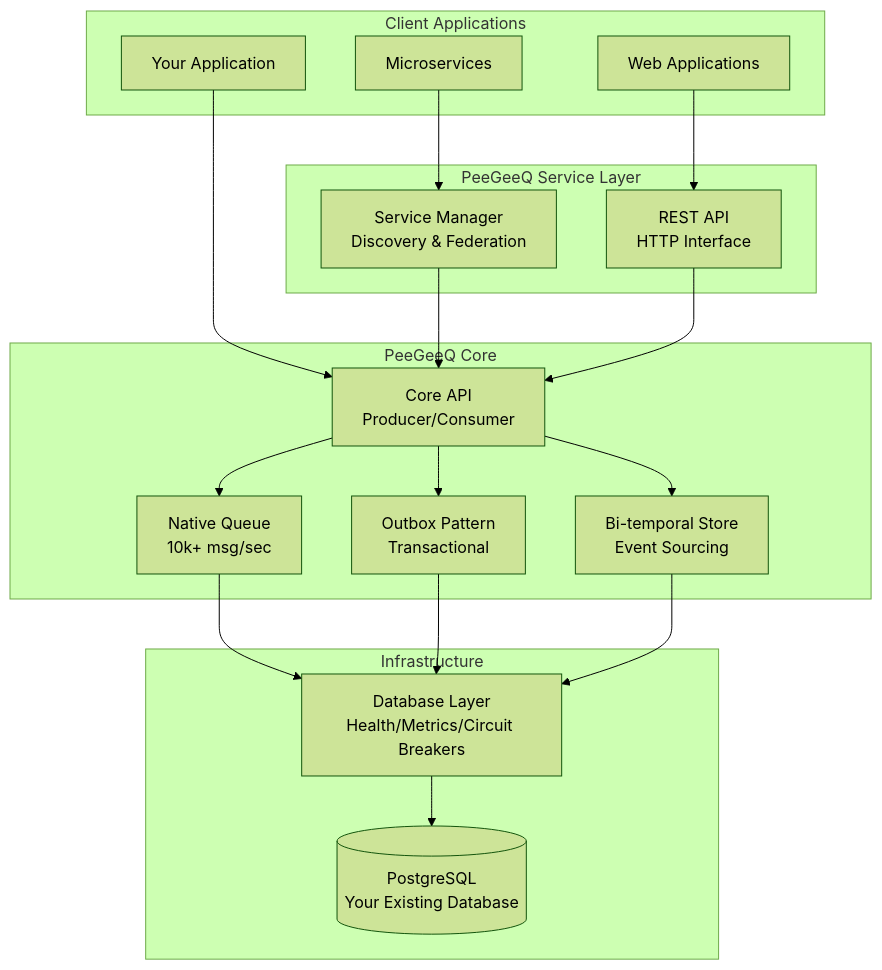
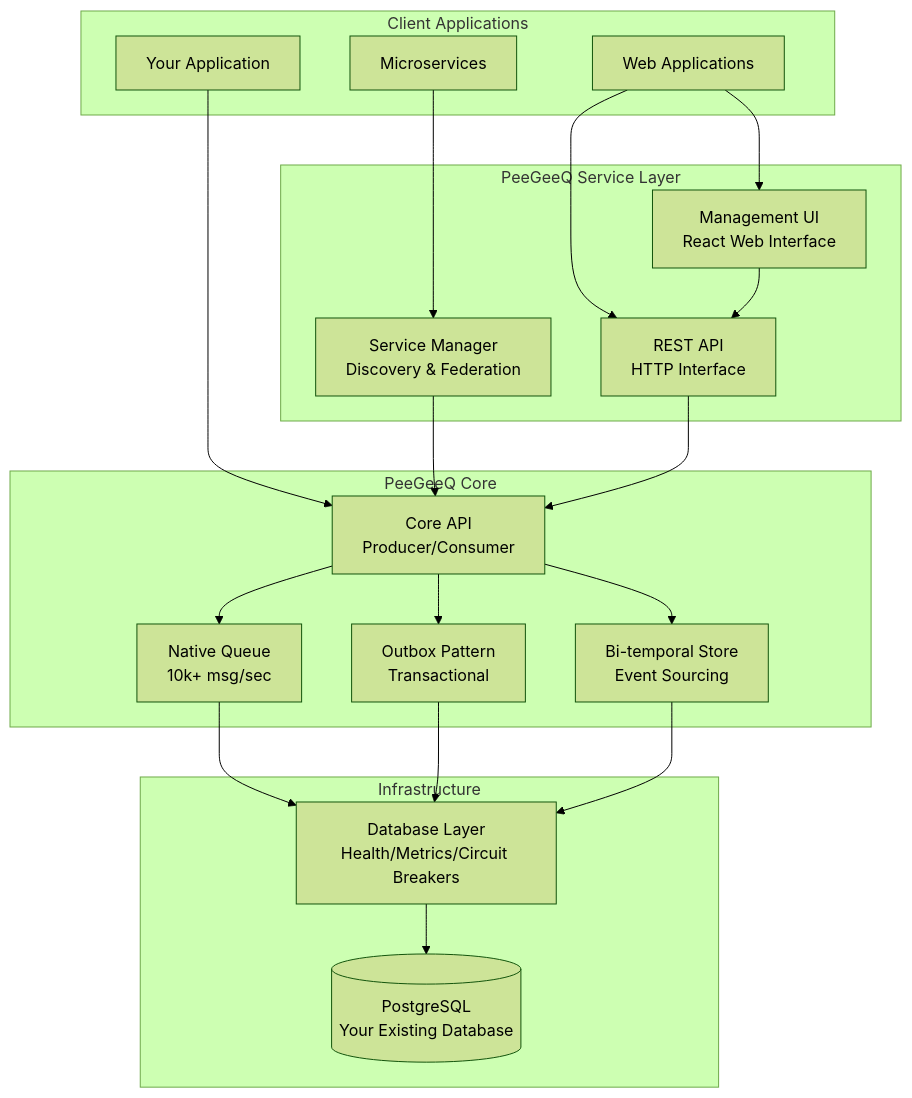
The diagram in README.md (mraysmit/peegeeq), drawn with Mermaid (forest theme) before and after one commit. The commit also changed other lines of this file and 27 other files, not shown here.

````diff
--- a/README.md
+++ b/README.md
@@ -97,41 +115,44 @@
 ```mermaid
 graph TB
     subgraph "Client Applications"
         APP[Your Application]
         WEB[Web Applications]
         SERVICES[Microservices]
     end
 
     subgraph "PeeGeeQ Service Layer"
         SM[Service Manager<br/>Discovery & Federation]
         REST[REST API<br/>HTTP Interface]
+        UI[Management UI<br/>React Web Interface]
     end
 
     subgraph "PeeGeeQ Core"
         API[Core API<br/>Producer/Consumer]
         NATIVE[Native Queue<br/>10k+ msg/sec]
         OUTBOX[Outbox Pattern<br/>Transactional]
         BITEMPORAL[Bi-temporal Store<br/>Event Sourcing]
     end
 
     subgraph "Infrastructure"
         DB[Database Layer<br/>Health/Metrics/Circuit Breakers]
         POSTGRES[(PostgreSQL<br/>Your Existing Database)]
     end
 
     APP --> API
     WEB --> REST
+    WEB --> UI
     SERVICES --> SM
 
     SM --> API
     REST --> API
+    UI --> REST
 
     API --> NATIVE
     API --> OUTBOX
     API --> BITEMPORAL
 
     NATIVE --> DB
     OUTBOX --> DB
     BITEMPORAL --> DB
     DB --> POSTGRES
 ```
````
